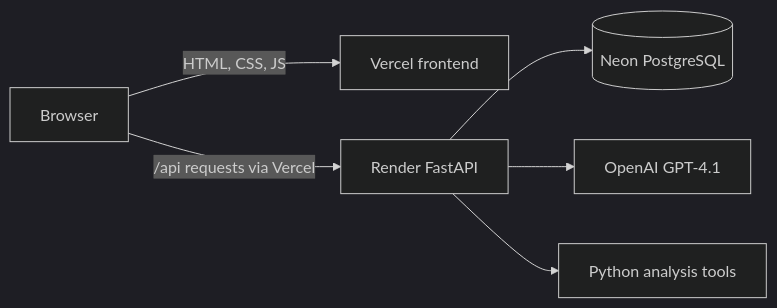
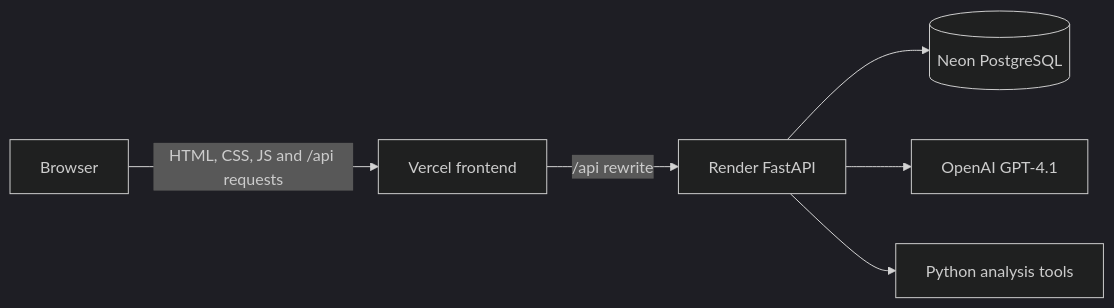
Before and after one commit to Devesh-TheTechGuy/Data_Analyst_Agent: the second of 2 diagrams in README.md, drawn with Mermaid (dark theme). The commit also changed other lines of this file and 11 other files, not shown here.

````diff
--- a/README.md
+++ b/README.md
@@ -124,8 +127,8 @@
 ```mermaid
 flowchart LR
-    U[Browser] -->|HTML, CSS, JS| V[Vercel frontend]
-    U -->|/api requests via Vercel| R[Render FastAPI]
+    U[Browser] -->|HTML, CSS, JS and /api requests| V[Vercel frontend]
+    V -->|/api rewrite| R[Render FastAPI]
     R --> P[(Neon PostgreSQL)]
     R --> O[OpenAI GPT-4.1]
     R --> T[Python analysis tools]
 ```
````
